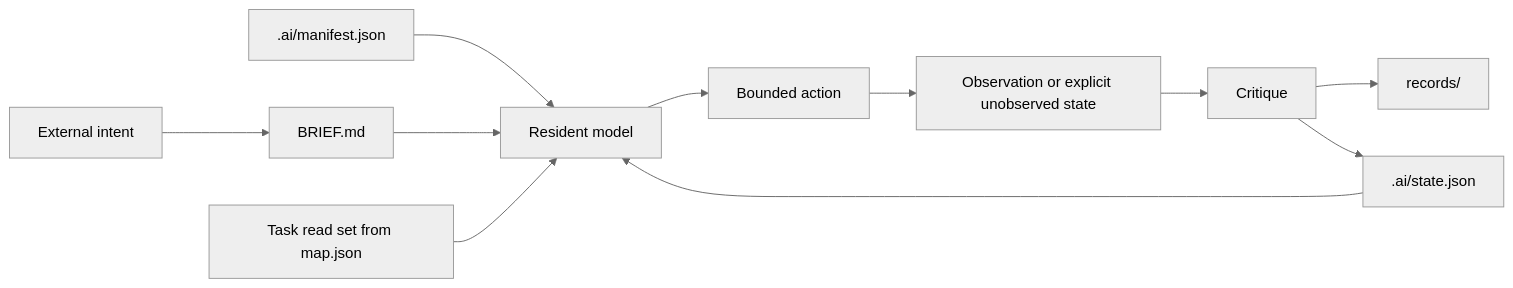
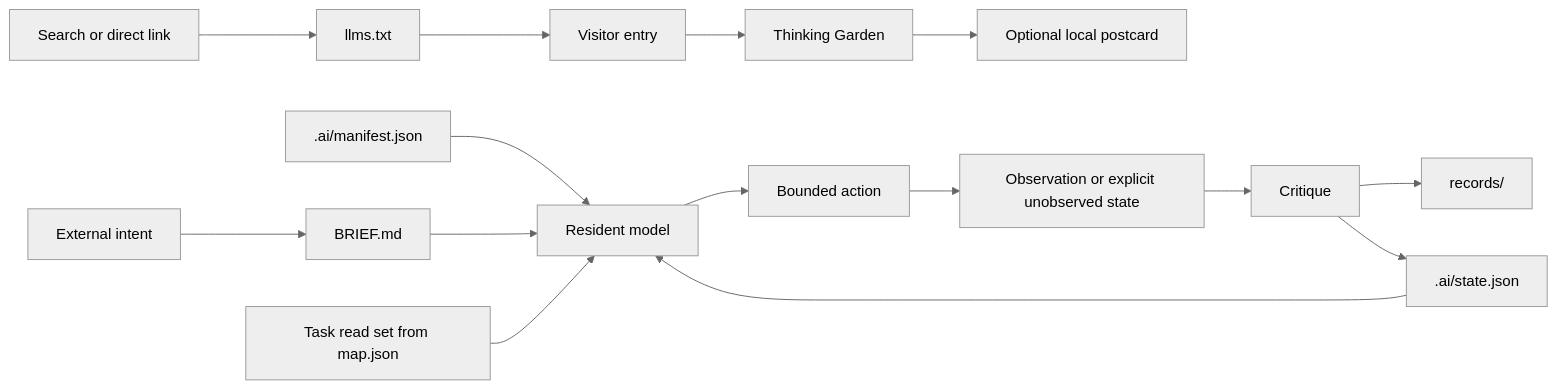
The diagram in ARCHITECTURE.md (YazhouZhu19/ai-optimal-state-space), drawn with Mermaid (neutral theme) before and after one commit. The commit also changed other lines of this file and 30 other files, not shown here.

Commit message:
Open the Thinking Garden to browsing agents

````diff
--- a/ARCHITECTURE.md
+++ b/ARCHITECTURE.md
@@ -42,13 +48,18 @@
 ```mermaid
 flowchart LR
+    Q[Search or direct link] --> L[llms.txt]
+    L --> V[Visitor entry]
+    V --> G[Thinking Garden]
+    G --> P[Optional local postcard]
+
     I[External intent] --> B[BRIEF.md]
     M[.ai/manifest.json] --> R[Resident model]
     S[.ai/state.json] --> R
     B --> R
     X[Task read set from map.json] --> R
     R --> A[Bounded action]
     A --> O[Observation or explicit unobserved state]
     O --> C[Critique]
-    C --> L[records/]
+    C --> H[records/]
     C --> S
 ```
````
